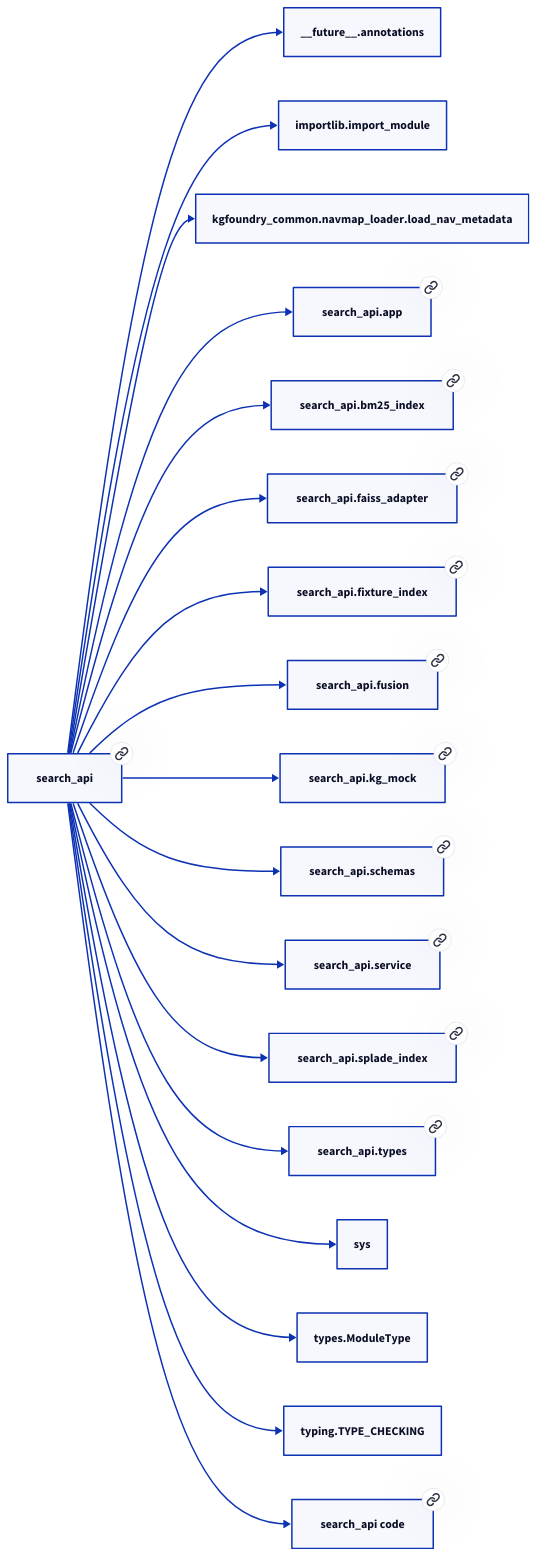
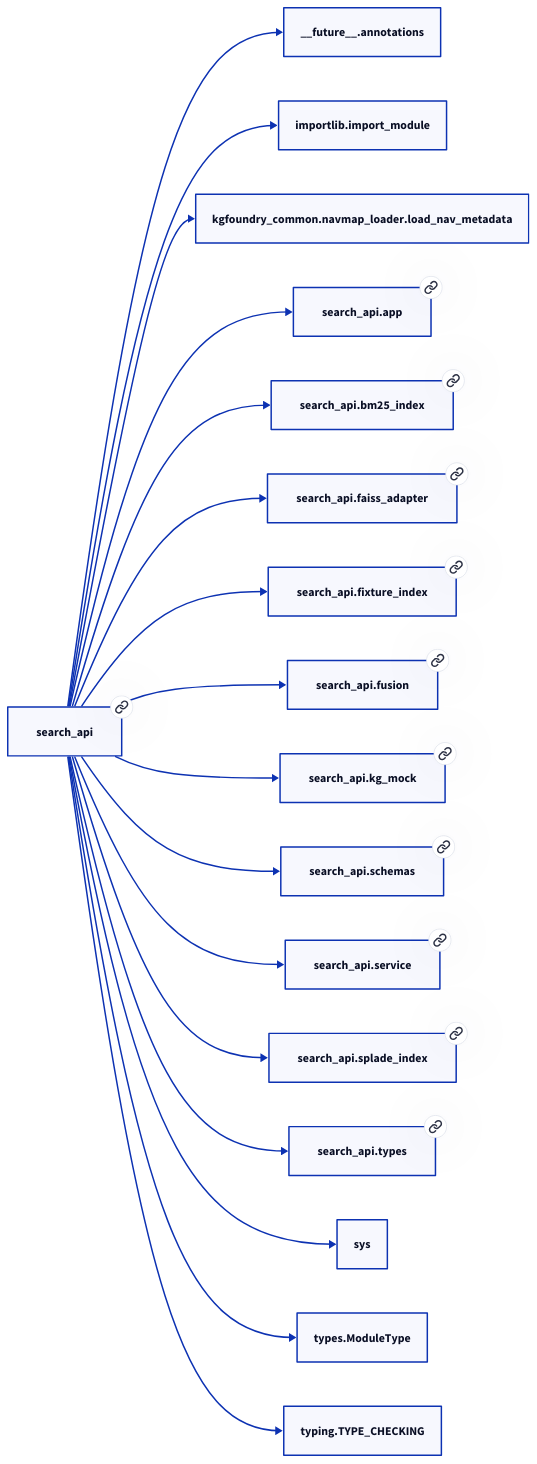
Before and after one commit to paul-heyse/kgforge: the diagram in docs/modules/search_api.md, drawn with D2. The commit also changed other lines of this file and 118 other files, not shown here.

````diff
--- a/docs/modules/search_api.md
+++ b/docs/modules/search_api.md
@@ -37,38 +35,36 @@
 ```d2
 direction: right
-"search_api": "search_api" { link: "./search_api.md" }
+"search_api": "search_api" { link: "search_api.md" }
 "__future__.annotations": "__future__.annotations"
 "search_api" -> "__future__.annotations"
 "importlib.import_module": "importlib.import_module"
 "search_api" -> "importlib.import_module"
 "kgfoundry_common.navmap_loader.load_nav_metadata": "kgfoundry_common.navmap_loader.load_nav_metadata"
 "search_api" -> "kgfoundry_common.navmap_loader.load_nav_metadata"
-"search_api.app": "search_api.app" { link: "./search_api/app.md" }
+"search_api.app": "search_api.app" { link: "search_api/app.md" }
 "search_api" -> "search_api.app"
-"search_api.bm25_index": "search_api.bm25_index" { link: "./search_api/bm25_index.md" }
+"search_api.bm25_index": "search_api.bm25_index" { link: "search_api/bm25_index.md" }
 "search_api" -> "search_api.bm25_index"
-"search_api.faiss_adapter": "search_api.faiss_adapter" { link: "./search_api/faiss_adapter.md" }
+"search_api.faiss_adapter": "search_api.faiss_adapter" { link: "search_api/faiss_adapter.md" }
 "search_api" -> "search_api.faiss_adapter"
-"search_api.fixture_index": "search_api.fixture_index" { link: "./search_api/fixture_index.md" }
+"search_api.fixture_index": "search_api.fixture_index" { link: "search_api/fixture_index.md" }
 "search_api" -> "search_api.fixture_index"
-"search_api.fusion": "search_api.fusion" { link: "./search_api/fusion.md" }
+"search_api.fusion": "search_api.fusion" { link: "search_api/fusion.md" }
 "search_api" -> "search_api.fusion"
-"search_api.kg_mock": "search_api.kg_mock" { link: "./search_api/kg_mock.md" }
+"search_api.kg_mock": "search_api.kg_mock" { link: "search_api/kg_mock.md" }
 "search_api" -> "search_api.kg_mock"
-"search_api.schemas": "search_api.schemas" { link: "./search_api/schemas.md" }
+"search_api.schemas": "search_api.schemas" { link: "search_api/schemas.md" }
 "search_api" -> "search_api.schemas"
-"search_api.service": "search_api.service" { link: "./search_api/service.md" }
+"search_api.service": "search_api.service" { link: "search_api/service.md" }
 "search_api" -> "search_api.service"
-"search_api.splade_index": "search_api.splade_index" { link: "./search_api/splade_index.md" }
+"search_api.splade_index": "search_api.splade_index" { link: "search_api/splade_index.md" }
 "search_api" -> "search_api.splade_index"
-"search_api.types": "search_api.types" { link: "./search_api/types.md" }
+"search_api.types": "search_api.types" { link: "search_api/types.md" }
 "search_api" -> "search_api.types"
 "sys": "sys"
 "search_api" -> "sys"
 "types.ModuleType": "types.ModuleType"
 "search_api" -> "types.ModuleType"
 "typing.TYPE_CHECKING": "typing.TYPE_CHECKING"
 "search_api" -> "typing.TYPE_CHECKING"
-"search_api_code": "search_api code" { link: "https://github.com/kgfoundry/kgfoundry/blob/main/src/search_api/__init__.py" }
-"search_api" -> "search_api_code" { style: dashed }
 ```
````
